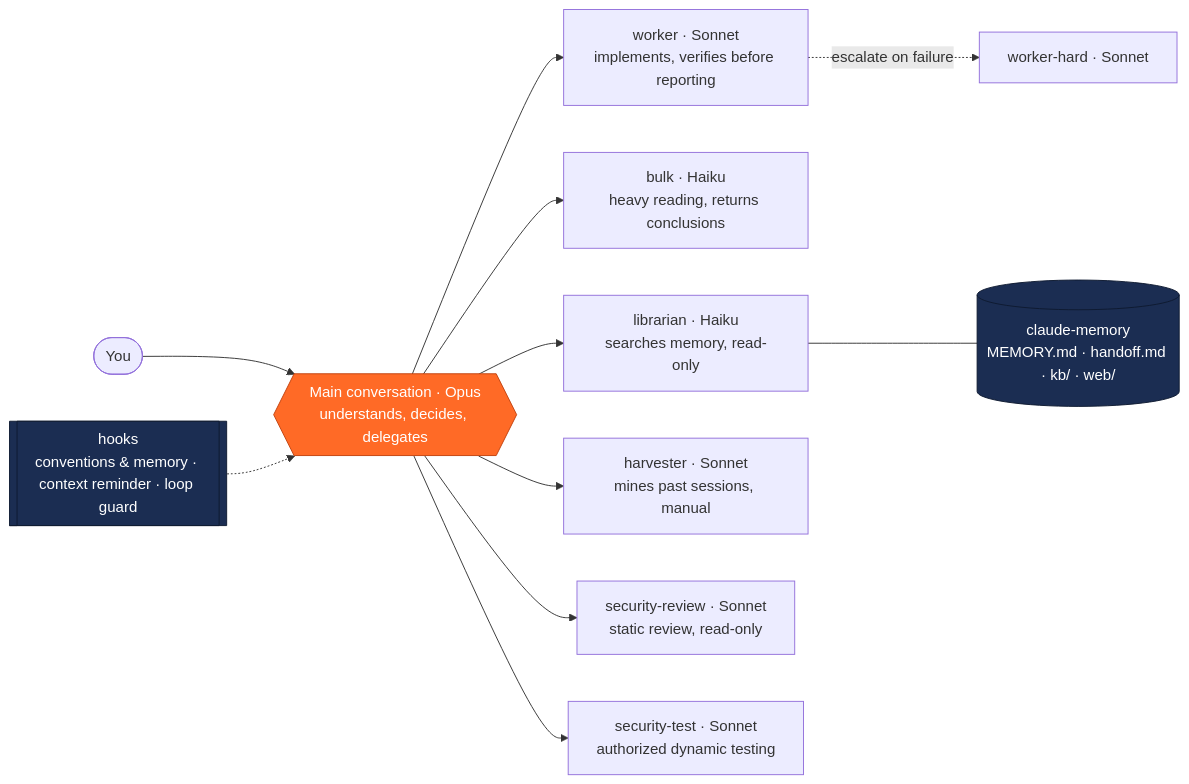
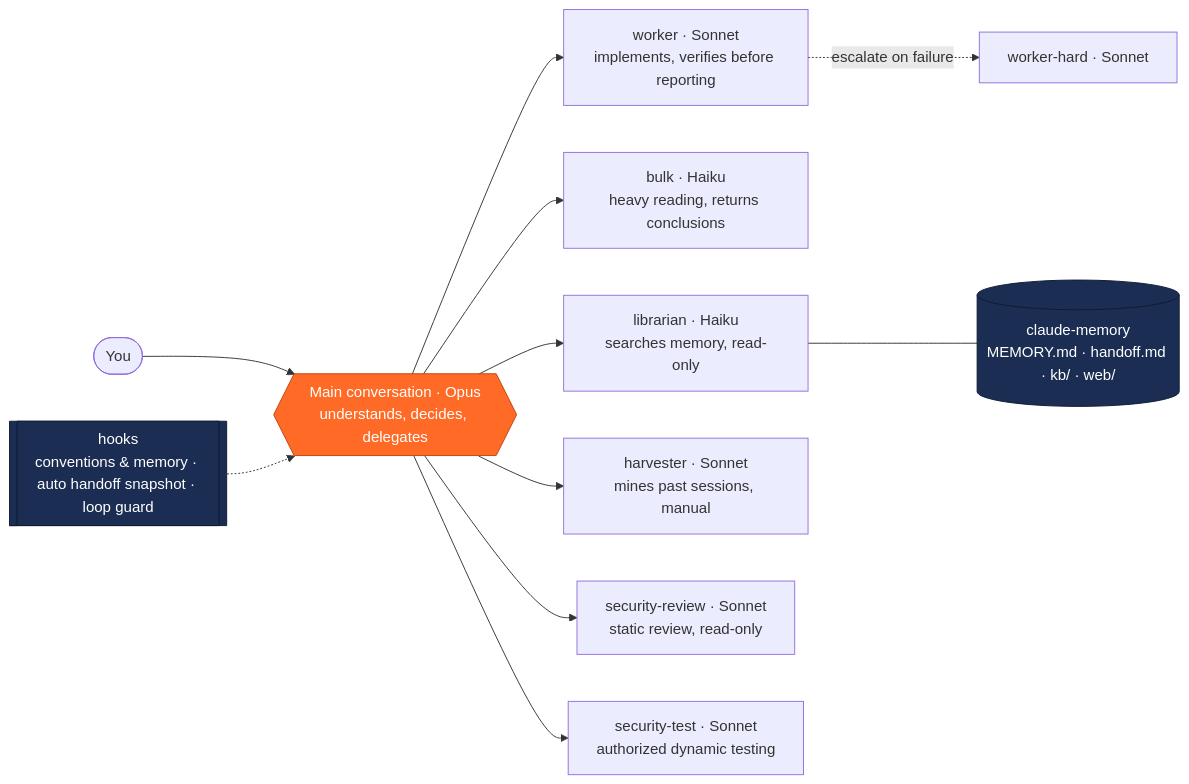
One commit to Novie131/Chutora changed the diagram in README.en.md. Above: the diagram before and after it, drawn with Mermaid. The commit also changed other lines of this file and 14 other files, not shown here.

````diff
--- a/README.en.md
+++ b/README.en.md
@@ -208,17 +219,17 @@
 ```mermaid
 flowchart LR
   U([You]) --> O{{"Main conversation · Opus<br/>understands, decides, delegates"}}
   O --> W["worker · Sonnet<br/>implements, verifies before reporting"]
   W -. escalate on failure .-> WH["worker-hard · Sonnet"]
   O --> B["bulk · Haiku<br/>heavy reading, returns conclusions"]
   O --> L["librarian · Haiku<br/>searches memory, read-only"]
   O --> HV["harvester · Sonnet<br/>mines past sessions, manual"]
   O --> SR["security-review · Sonnet<br/>static review, read-only"]
   O --> ST["security-test · Sonnet<br/>authorized dynamic testing"]
   L --- M[("claude-memory<br/>MEMORY.md · handoff.md · kb/ · web/")]
-  HK[["hooks<br/>conventions & memory · context reminder · loop guard"]] -.-> O
+  HK[["hooks<br/>conventions & memory · auto handoff snapshot · loop guard"]] -.-> O
   classDef lead fill:#FF6A26,stroke:#C2410C,color:#fff
   classDef mem fill:#1B2D52,stroke:#0E1A31,color:#fff
   class O lead
   class M,HK mem
 ```
````
